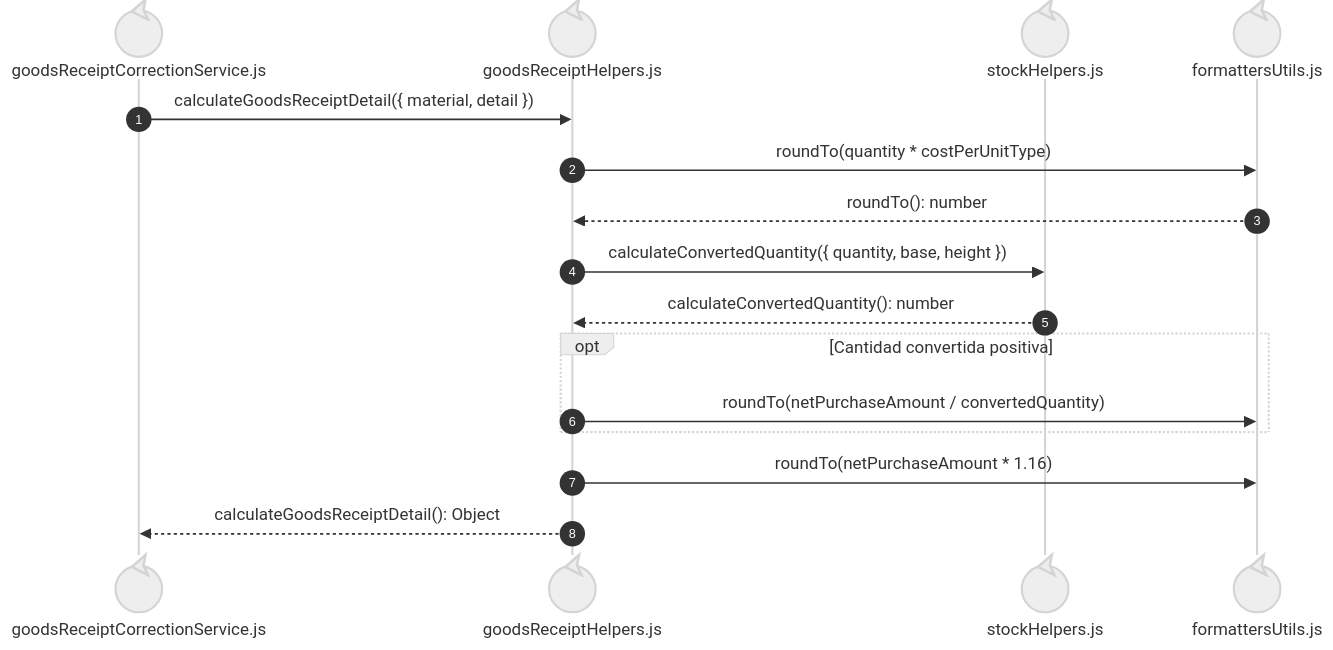
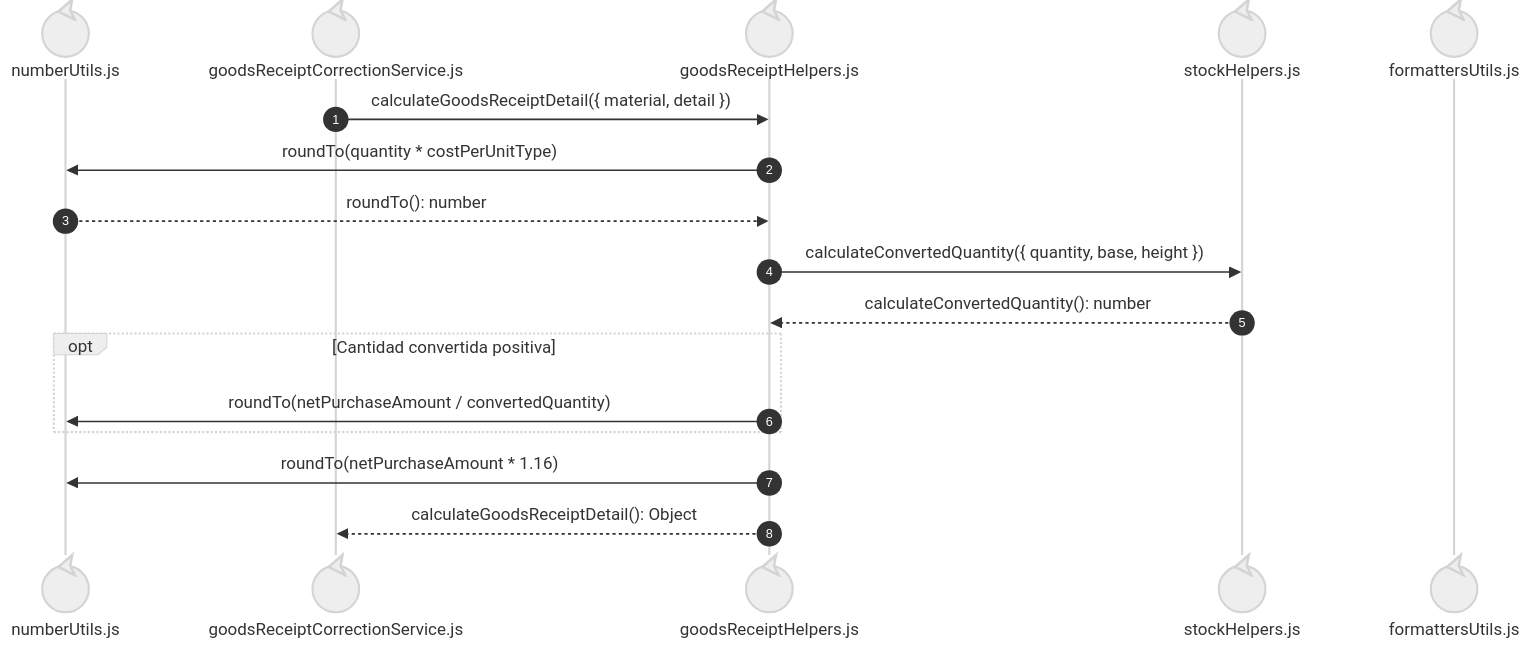
Before and after one commit to gpgsistemas01/nexus: the fifth of 5 diagrams in docs/architecture/views/processes/backend-code-sequences/purchases/cu-ent-04.md, drawn with Mermaid (neutral theme). The commit also changed other lines of this file and 240 other files, not shown here.

````diff
--- a/docs/architecture/views/processes/backend-code-sequences/purchases/cu-ent-04.md
+++ b/docs/architecture/views/processes/backend-code-sequences/purchases/cu-ent-04.md
@@ -225,18 +228,19 @@
 ```mermaid
 sequenceDiagram
+    participant Numbers@{ "type": "control" } as numberUtils.js
     autonumber
     participant Core@{ "type": "control" } as goodsReceiptCorrectionService.js
     participant Helpers@{ "type": "control" } as goodsReceiptHelpers.js
     participant Conversion@{ "type": "control" } as stockHelpers.js
     participant Formatter@{ "type": "control" } as formattersUtils.js
     Core->>Helpers: calculateGoodsReceiptDetail({ material, detail })
-    Helpers->>Formatter: roundTo(quantity * costPerUnitType)
-    Formatter-->>Helpers: roundTo(): number
+    Helpers->>Numbers: roundTo(quantity * costPerUnitType)
+    Numbers-->>Helpers: roundTo(): number
     Helpers->>Conversion: calculateConvertedQuantity({ quantity, base, height })
     Conversion-->>Helpers: calculateConvertedQuantity(): number
     opt Cantidad convertida positiva
-        Helpers->>Formatter: roundTo(netPurchaseAmount / convertedQuantity)
+        Helpers->>Numbers: roundTo(netPurchaseAmount / convertedQuantity)
     end
-    Helpers->>Formatter: roundTo(netPurchaseAmount * 1.16)
+    Helpers->>Numbers: roundTo(netPurchaseAmount * 1.16)
     Helpers-->>Core: calculateGoodsReceiptDetail(): Object
 ```
````
